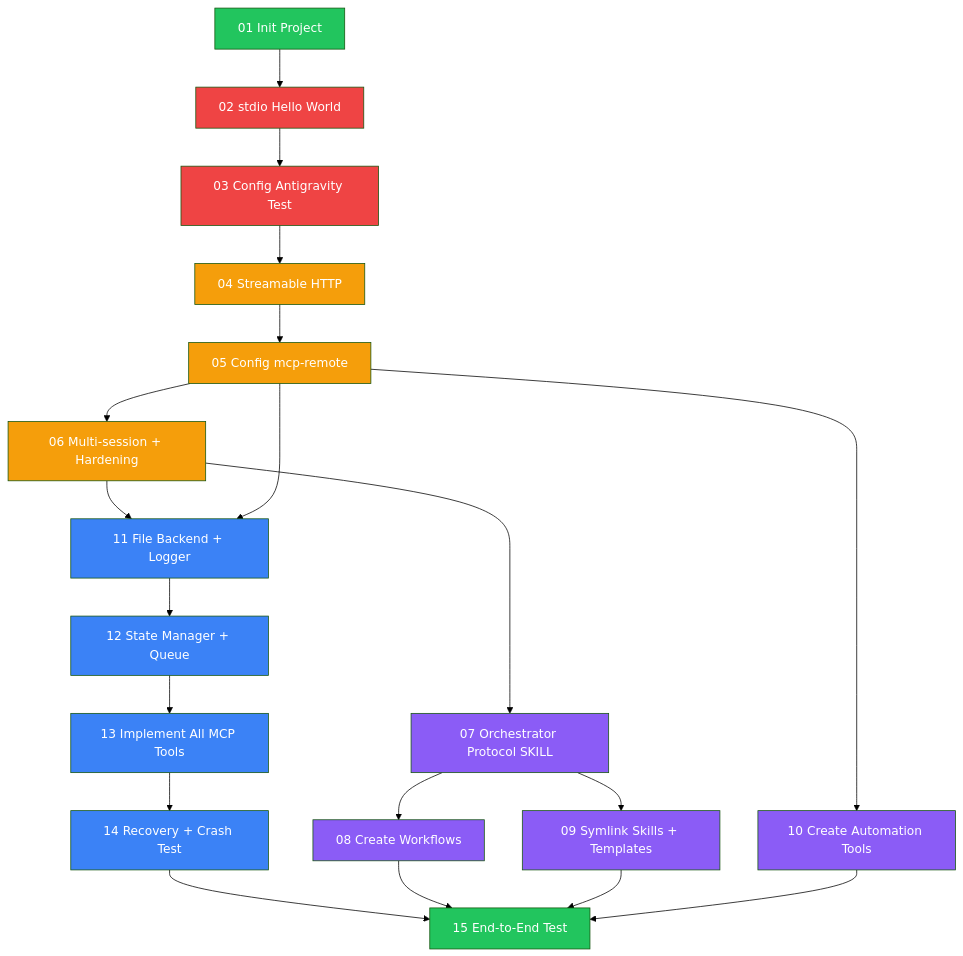
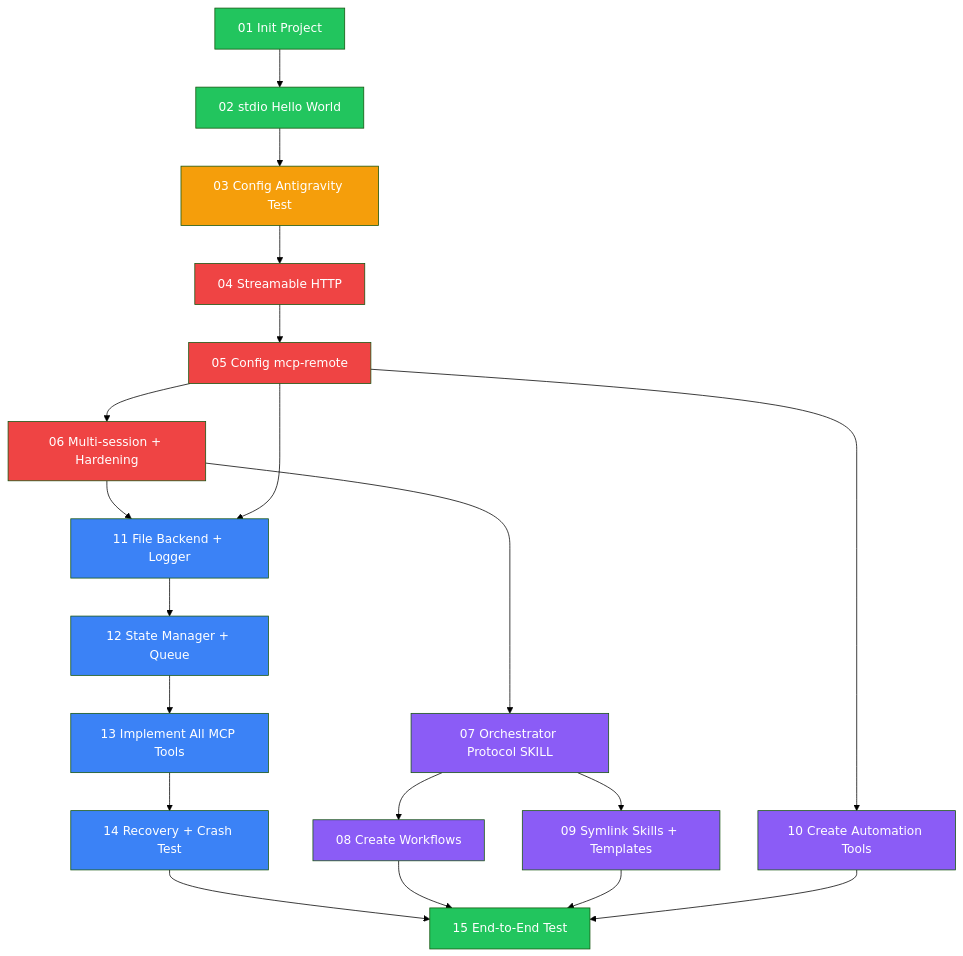
Before and after one commit to qthan1004/agent-orchestrator: the diagram in tasks/README.md, drawn with Mermaid (forest theme). The commit also changed other lines of this file and 4 other files, not shown here.

````diff
--- a/tasks/README.md
+++ b/tasks/README.md
@@ -9,40 +9,40 @@
 ```mermaid
 graph TD
     T01["01 Init Project"] --> T02["02 stdio Hello World"]
     T02 --> T03["03 Config Antigravity Test"]
     T03 --> T04["04 Streamable HTTP"]
     T04 --> T05["05 Config mcp-remote"]
     T05 --> T06["06 Multi-session + Hardening"]
 
     T06 --> T07["07 Orchestrator Protocol SKILL"]
     T07 --> T08["08 Create Workflows"]
     T07 --> T09["09 Symlink Skills + Templates"]
     T05 --> T10["10 Create Automation Tools"]
 
     T06 --> T11["11 File Backend + Logger"]
     T05 --> T11
     T11 --> T12["12 State Manager + Queue"]
     T12 --> T13["13 Implement All MCP Tools"]
     T13 --> T14["14 Recovery + Crash Test"]
 
     T14 --> T15["15 End-to-End Test"]
     T08 --> T15
     T09 --> T15
     T10 --> T15
 
     style T01 fill:#22c55e,color:#fff
-    style T02 fill:#ef4444,color:#fff
-    style T03 fill:#ef4444,color:#fff
-    style T04 fill:#f59e0b,color:#fff
-    style T05 fill:#f59e0b,color:#fff
-    style T06 fill:#f59e0b,color:#fff
+    style T02 fill:#22c55e,color:#fff
+    style T03 fill:#f59e0b,color:#fff
+    style T04 fill:#ef4444,color:#fff
+    style T05 fill:#ef4444,color:#fff
+    style T06 fill:#ef4444,color:#fff
     style T07 fill:#8b5cf6,color:#fff
     style T08 fill:#8b5cf6,color:#fff
     style T09 fill:#8b5cf6,color:#fff
     style T10 fill:#8b5cf6,color:#fff
     style T11 fill:#3b82f6,color:#fff
     style T12 fill:#3b82f6,color:#fff
     style T13 fill:#3b82f6,color:#fff
     style T14 fill:#3b82f6,color:#fff
     style T15 fill:#22c55e,color:#fff
 ```
````
